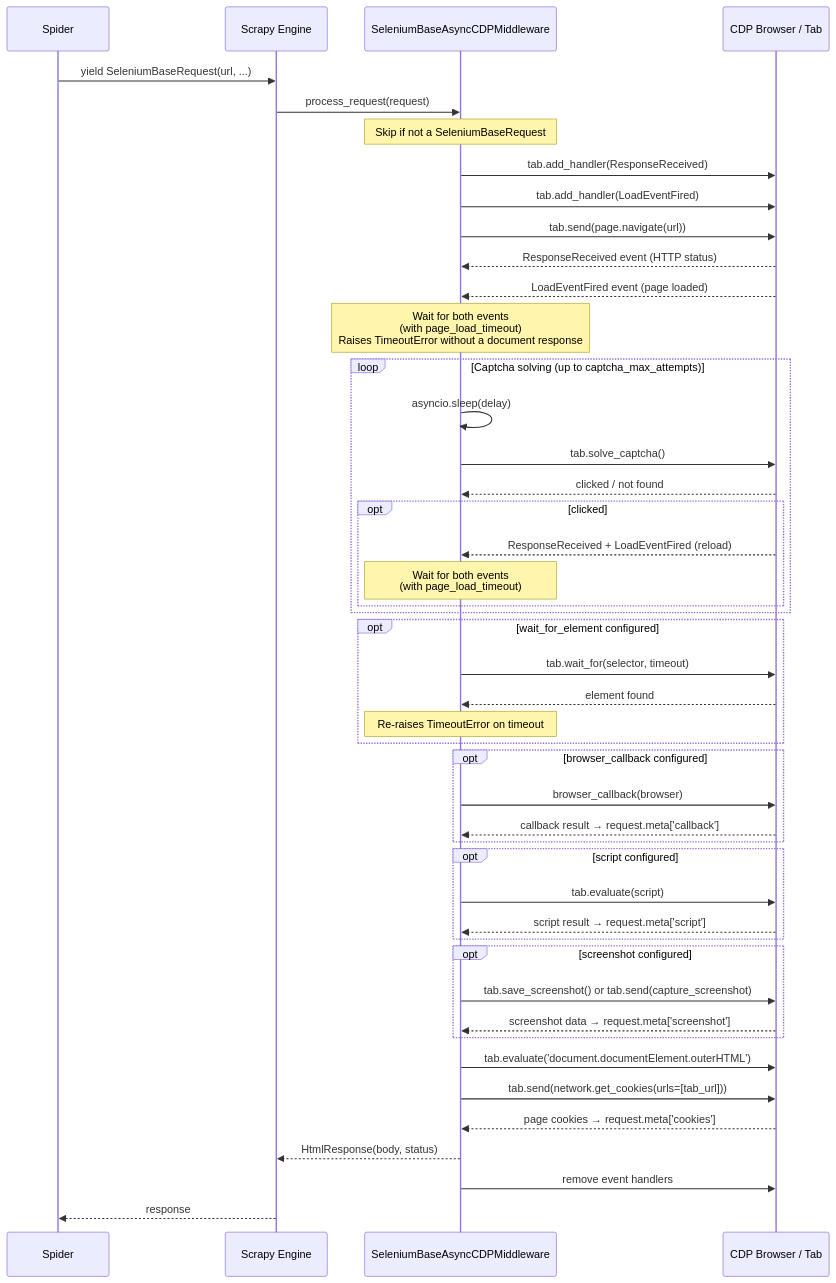
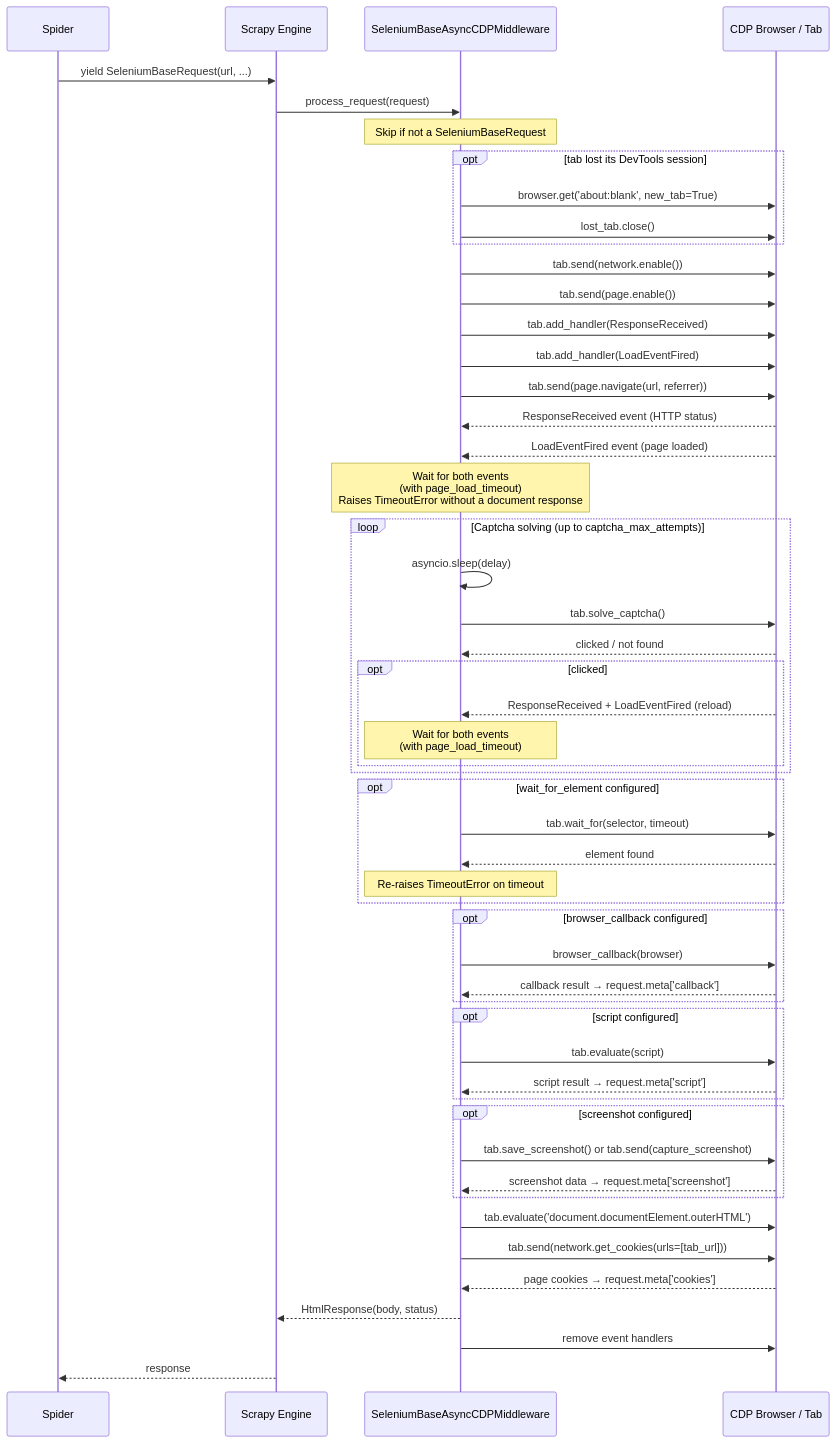
Before and after one commit to nyg/scrapy-seleniumbase-cdp: the diagram in docs/ARCHITECTURE.md, drawn with Mermaid. The commit also changed other lines of this file and 4 other files, not shown here.

Commit message:
fix: open a new tab when a CDP error loses the tab's session, capture jpg screenshots as jpeg, pass Referer and warn on non-GET requests (#92)

````diff
--- a/docs/ARCHITECTURE.md
+++ b/docs/ARCHITECTURE.md
@@ -12,61 +12,68 @@
 ```mermaid
 sequenceDiagram
     participant Spider
     participant Engine as Scrapy Engine
     participant MW as SeleniumBaseAsyncCDPMiddleware
     participant Browser as CDP Browser / Tab
 
     Spider->>Engine: yield SeleniumBaseRequest(url, ...)
     Engine->>MW: process_request(request)
 
     Note over MW: Skip if not a SeleniumBaseRequest
 
+    opt tab lost its DevTools session
+        MW->>Browser: browser.get('about:blank', new_tab=True)
+        MW->>Browser: lost_tab.close()
+    end
+    MW->>Browser: tab.send(network.enable())
+    MW->>Browser: tab.send(page.enable())
+
     MW->>Browser: tab.add_handler(ResponseReceived)
     MW->>Browser: tab.add_handler(LoadEventFired)
 
-    MW->>Browser: tab.send(page.navigate(url))
+    MW->>Browser: tab.send(page.navigate(url, referrer))
     Browser-->>MW: ResponseReceived event (HTTP status)
     Browser-->>MW: LoadEventFired event (page loaded)
 
     Note over MW: Wait for both events<br/>(with page_load_timeout)<br/>Raises TimeoutError without a document response
 
     loop Captcha solving (up to captcha_max_attempts)
         MW->>MW: asyncio.sleep(delay)
         MW->>Browser: tab.solve_captcha()
         Browser-->>MW: clicked / not found
         opt clicked
             Browser-->>MW: ResponseReceived + LoadEventFired (reload)
             Note over MW: Wait for both events<br/>(with page_load_timeout)
         end
     end
 
     opt wait_for_element configured
         MW->>Browser: tab.wait_for(selector, timeout)
         Browser-->>MW: element found
         Note over MW: Re-raises TimeoutError on timeout
     end
 
     opt browser_callback configured
         MW->>Browser: browser_callback(browser)
         Browser-->>MW: callback result → request.meta['callback']
     end
 
     opt script configured
         MW->>Browser: tab.evaluate(script)
         Browser-->>MW: script result → request.meta['script']
     end
 
     opt screenshot configured
         MW->>Browser: tab.save_screenshot() or tab.send(capture_screenshot)
         Browser-->>MW: screenshot data → request.meta['screenshot']
     end
 
     MW->>Browser: tab.evaluate('document.documentElement.outerHTML')
     MW->>Browser: tab.send(network.get_cookies(urls=[tab_url]))
     Browser-->>MW: page cookies → request.meta['cookies']
     MW-->>Engine: HtmlResponse(body, status)
 
     MW->>Browser: remove event handlers
 
     Engine-->>Spider: response
 ```
````
